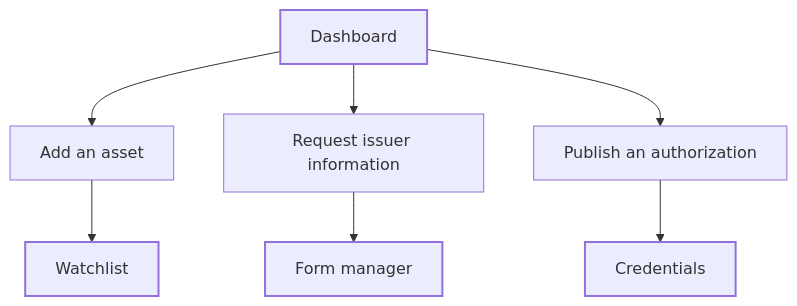
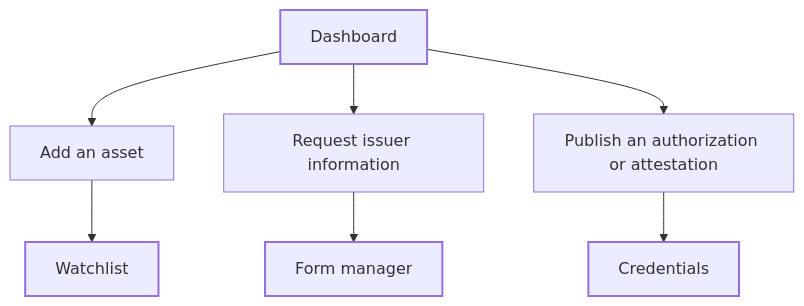
Before and after one commit to blupryntco/docs: the diagram in proof/dashboard.mdx, drawn with Mermaid. The commit also changed other lines of this file, not shown here.

````diff
--- a/proof/dashboard.mdx
+++ b/proof/dashboard.mdx
@@ -20,13 +20,13 @@
 ```mermaid
 flowchart TD
   A[Dashboard] --> B[Add an asset]
   A --> C[Request issuer information]
-  A --> D[Publish an authorization]
+  A --> D[Publish an authorization or attestation]
   B --> E[Watchlist]
   C --> F[Form manager]
   D --> G[Credentials]
 classDef start stroke-width:2px
 classDef done stroke-width:2px
 class A start
 class E,F,G done
 ```
````
